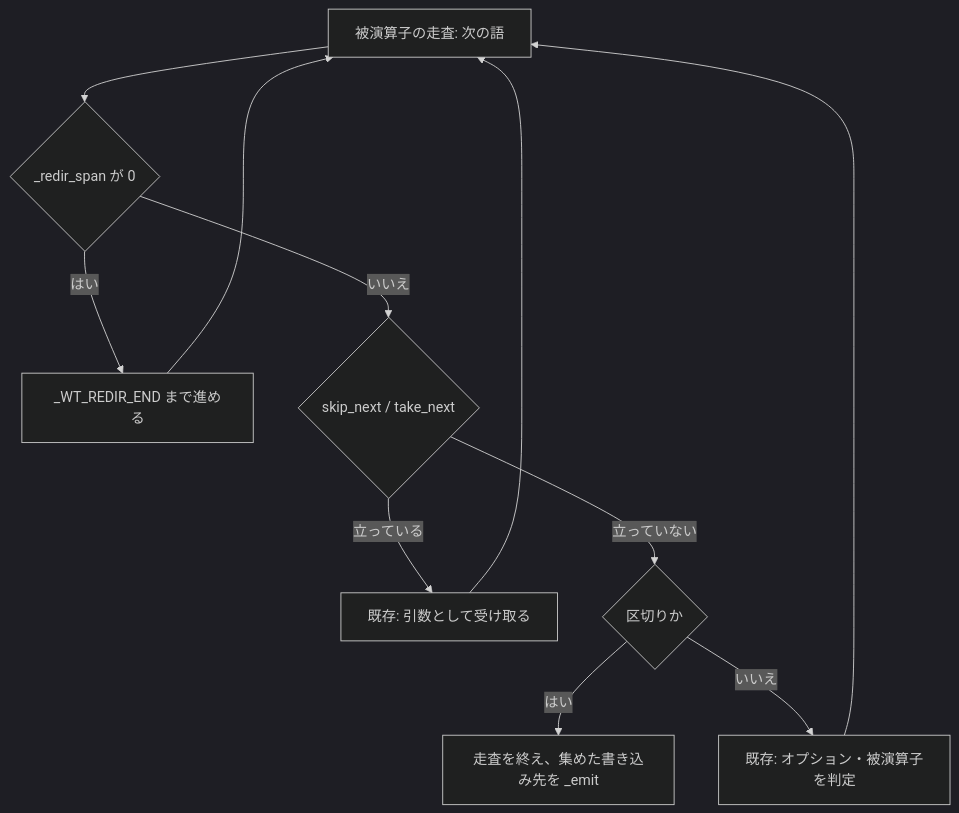
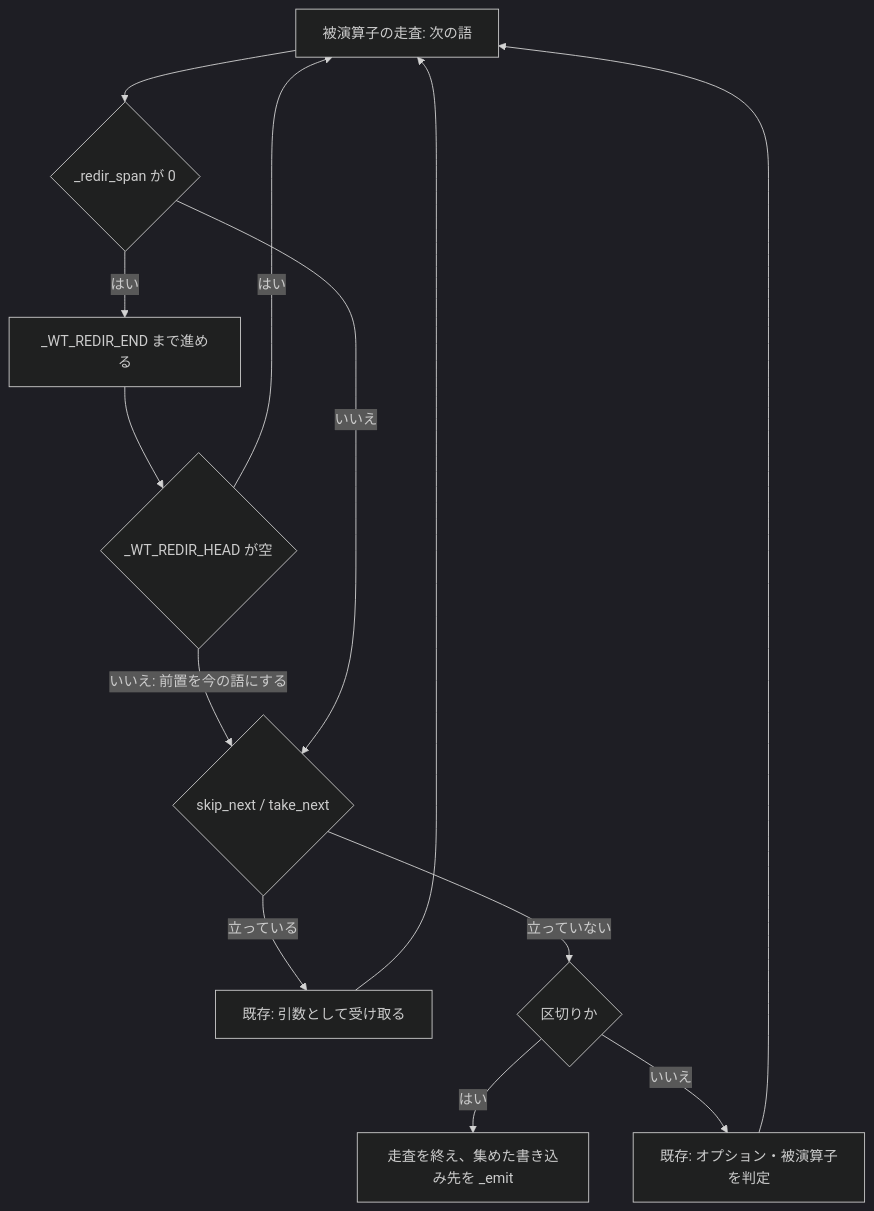
Before and after one commit to devbasex/ai-plugins: the third of 3 diagrams in issues/issue-313-design.md, drawn with Mermaid (dark theme). The commit also changed other lines of this file and 1 other file, not shown here.

````diff
--- a/issues/issue-313-design.md
+++ b/issues/issue-313-design.md
@@ -151,13 +171,15 @@
 ```mermaid
 graph TD
     S["被演算子の走査: 次の語"] --> R{"_redir_span が 0"}
     R -->|はい| SK["_WT_REDIR_END まで進める"]
-    SK --> S
+    SK --> H{"_WT_REDIR_HEAD が空"}
+    H -->|はい| S
+    H -->|"いいえ: 前置を今の語にする"| N
     R -->|いいえ| N{"skip_next / take_next"}
     N -->|立っている| NA["既存: 引数として受け取る"]
     NA --> S
     N -->|立っていない| SEP{"区切りか"}
     SEP -->|はい| END["走査を終え、集めた書き込み先を _emit"]
     SEP -->|いいえ| OP["既存: オプション・被演算子を判定"]
     OP --> S
 ```
````
